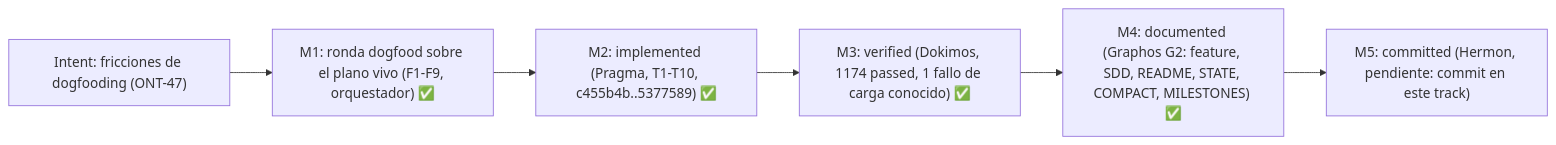
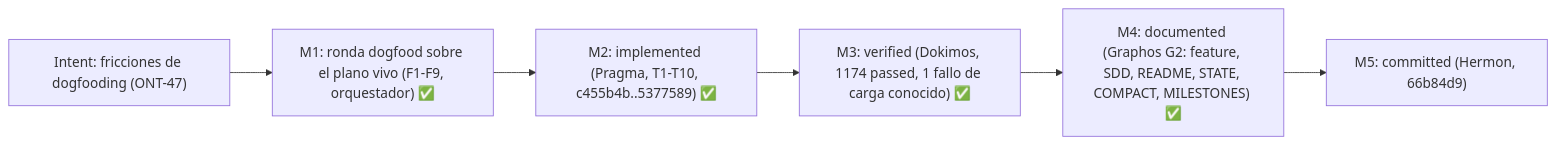
Before and after one commit to ancrz/agent-execution-plane: diagram 20 of 32 in README.md, drawn with Mermaid. The commit also changed other lines of this file and 1 other file, not shown here.

Commit message:
docs(milestones): mark published ONT-47/48/49 and E3/E4 milestones (ONT-51)
Replace stale "pendiente" with the verified commit SHAs (07e2641, 66b84d9,
4f6aaf0, 46cc89e, 81ba56b). Product text and the autoevol row untouched.

Claude-Session: https://claude.ai/code/session_01QYKjNAHxJzs9A6Fvughh6X

````diff
--- a/README.md
+++ b/README.md
@@ -1146,8 +1146,8 @@
 ```mermaid
 flowchart LR
     I["Intent: fricciones de dogfooding (ONT-47)"] --> M1["M1: ronda dogfood sobre el plano vivo (F1-F9, orquestador) ✅"]
     M1 --> M2["M2: implemented (Pragma, T1-T10, c455b4b..5377589) ✅"]
     M2 --> M3["M3: verified (Dokimos, 1174 passed, 1 fallo de carga conocido) ✅"]
     M3 --> M4["M4: documented (Graphos G2: feature, SDD, README, STATE, COMPACT, MILESTONES) ✅"]
-    M4 --> M5["M5: committed (Hermon, pendiente: commit en este track)"]
+    M4 --> M5["M5: committed (Hermon, 66b84d9)"]
 ```
````
